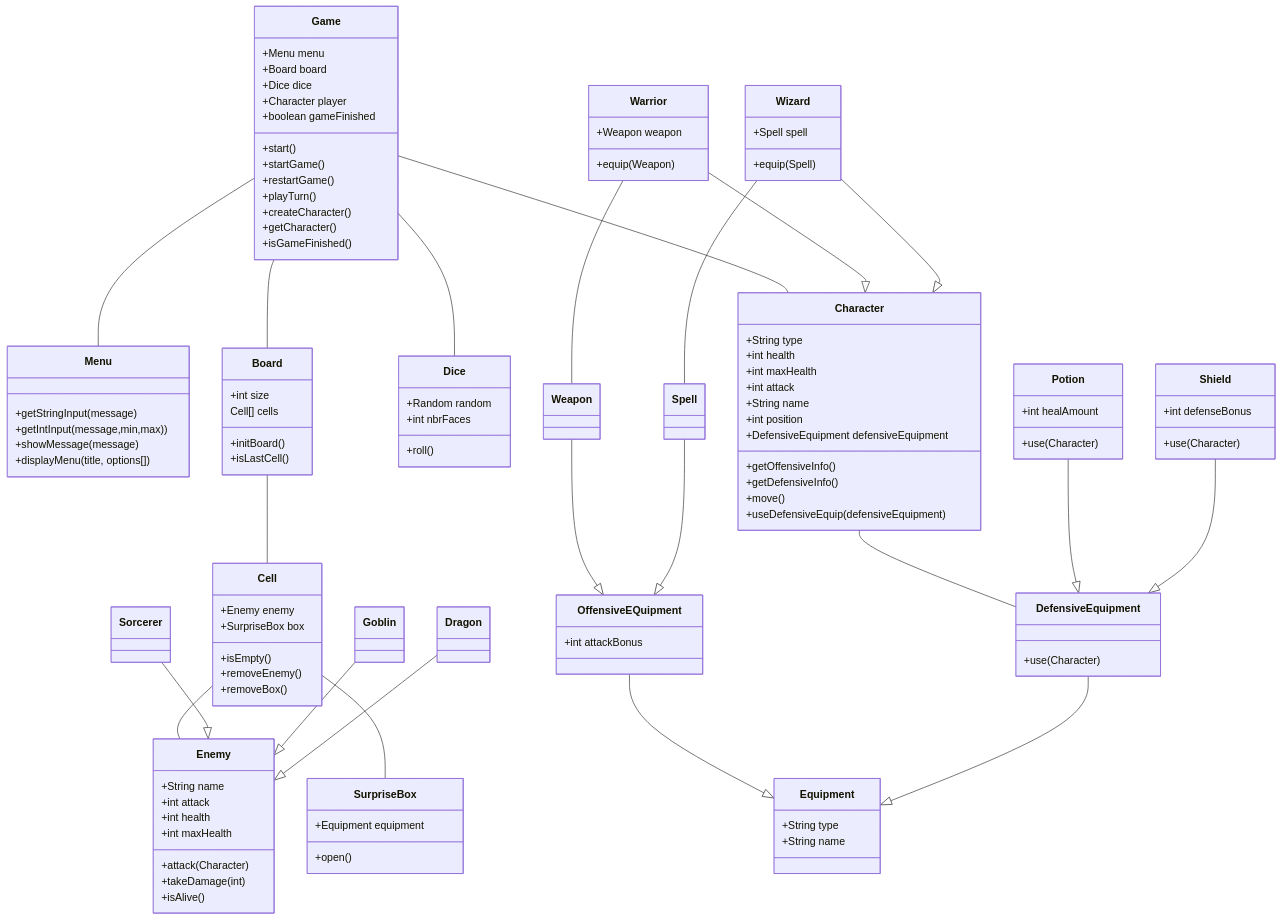
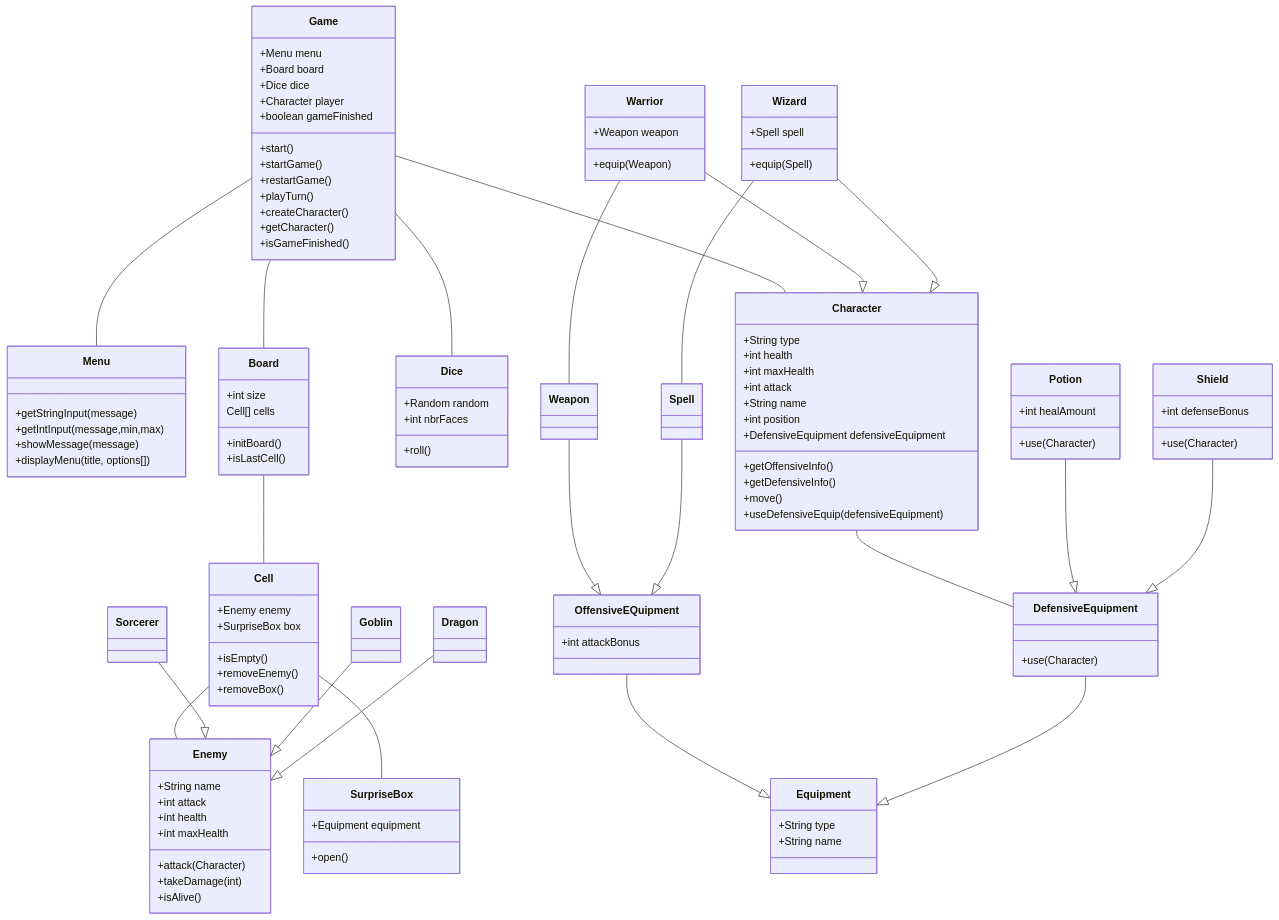
The diagram in README.md (CorentinFERRY/DnDGame), drawn with Mermaid before and after one commit. The commit also changed other lines of this file and 1 other file, not shown here.

```diff
--- a/README.md
+++ b/README.md
@@ -95,7 +107,7 @@
 direction TB
     class Menu {
 	    +getStringInput(message)
-	    +getIntInput(message,min,max))
+	    +getIntInput(message,min,max)
 	    +showMessage(message)
 	    +displayMenu(title, options[])
     }
```
